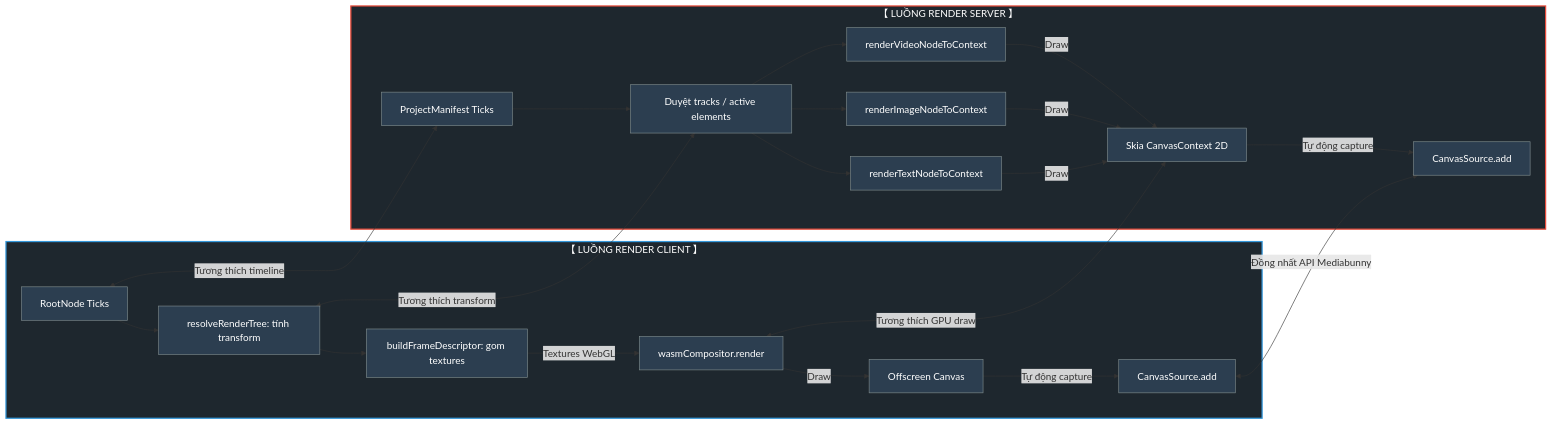
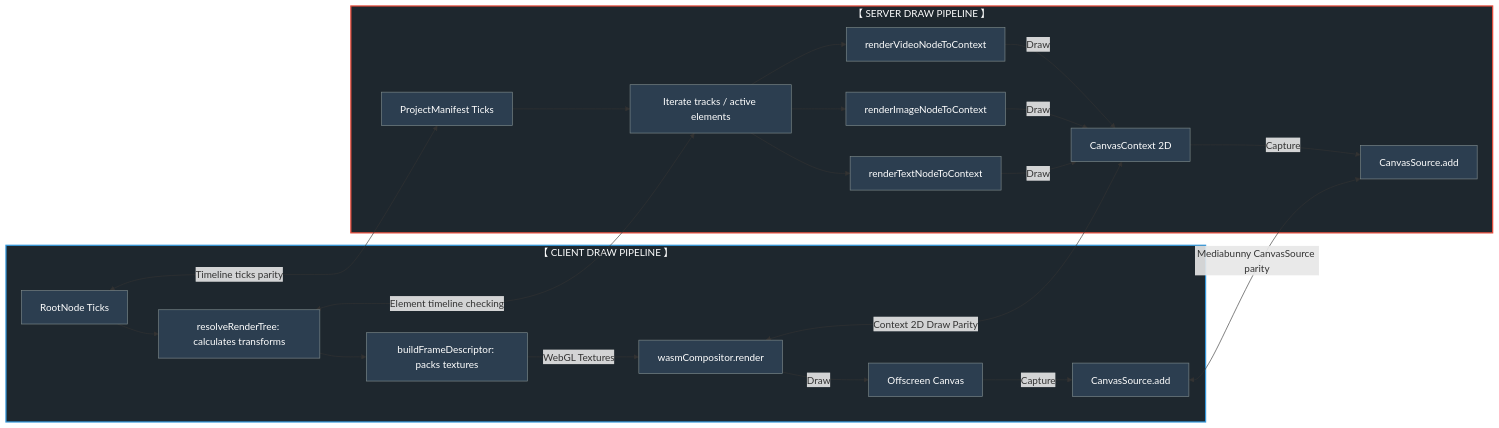
One commit to 2noScript/media-render changed the third of 4 diagrams in docs/render_architecture_plan.md. Above: the diagram before and after it, drawn with Mermaid. The commit also changed other lines of this file and 1 other file, not shown here.

Commit message:
docs: translate design architecture documentation to English and update component naming for clarity

````diff
--- a/docs/render_architecture_plan.md
+++ b/docs/render_architecture_plan.md
@@ -103,35 +103,33 @@
 ```mermaid
 graph LR
-    %% Định dạng phong cách thiết kế
     classDef clientGroup fill:#1e272e,stroke:#3498db,stroke-width:2px,color:#fff;
     classDef serverGroup fill:#1e272e,stroke:#e74c3c,stroke-width:2px,color:#fff;
     classDef stepClass fill:#2c3e50,stroke:#7f8c8d,stroke-width:1px,color:#fff;
 
-    subgraph ClientFlow ["【 LUỒNG RENDER CLIENT 】"]
-        C_In[RootNode Ticks] --> C_Resolve[resolveRenderTree: tính transform]
-        C_Resolve --> C_Buffer[buildFrameDescriptor: gom textures]
-        C_Buffer -->|Textures WebGL| C_Wasm[wasmCompositor.render]
+    subgraph ClientFlow ["【 CLIENT DRAW PIPELINE 】"]
+        C_In[RootNode Ticks] --> C_Resolve[resolveRenderTree: calculates transforms]
+        C_Resolve --> C_Buffer[buildFrameDescriptor: packs textures]
+        C_Buffer -->|WebGL Textures| C_Wasm[wasmCompositor.render]
         C_Wasm -->|Draw| C_HTMLCanvas[Offscreen Canvas]
-        C_HTMLCanvas -->|Tự động capture| C_MVideo[CanvasSource.add]
+        C_HTMLCanvas -->|Capture| C_MVideo[CanvasSource.add]
     end
 
-    subgraph ServerFlow ["【 LUỒNG RENDER SERVER 】"]
-        S_In[ProjectManifest Ticks] --> S_Loop[Duyệt tracks / active elements]
+    subgraph ServerFlow ["【 SERVER DRAW PIPELINE 】"]
+        S_In[ProjectManifest Ticks] --> S_Loop[Iterate tracks / active elements]
         S_Loop --> S_Video[renderVideoNodeToContext]
         S_Loop --> S_Image[renderImageNodeToContext]
         S_Loop --> S_Text[renderTextNodeToContext]
-        S_Video & S_Image & S_Text -->|Draw| S_SkiaCanvas[Skia CanvasContext 2D]
-        S_SkiaCanvas -->|Tự động capture| S_MVideo[CanvasSource.add]
+        S_Video & S_Image & S_Text -->|Draw| S_Canvas[CanvasContext 2D]
+        S_Canvas -->|Capture| S_MVideo[CanvasSource.add]
     end
 
-    %% Mối tương quan đồng nhất
-    C_In <-->|Tương thích timeline| S_In
-    C_Resolve <-->|Tương thích transform| S_Loop
-    C_Wasm <-->|Tương thích GPU draw| S_SkiaCanvas
-    C_MVideo <-->|Đồng nhất API Mediabunny| S_MVideo
+    C_In <-->|Timeline ticks parity| S_In
+    C_Resolve <-->|Element timeline checking| S_Loop
+    C_Wasm <-->|Context 2D Draw Parity| S_Canvas
+    C_MVideo <-->|Mediabunny CanvasSource parity| S_MVideo
 
     class C_In,C_Resolve,C_Buffer,C_Wasm,C_HTMLCanvas,C_MVideo stepClass;
-    class S_In,S_Loop,S_Video,S_Image,S_Text,S_SkiaCanvas,S_MVideo stepClass;
+    class S_In,S_Loop,S_Video,S_Image,S_Text,S_Canvas,S_MVideo stepClass;
     class ClientFlow clientGroup;
     class ServerFlow serverGroup;
 ```
````
